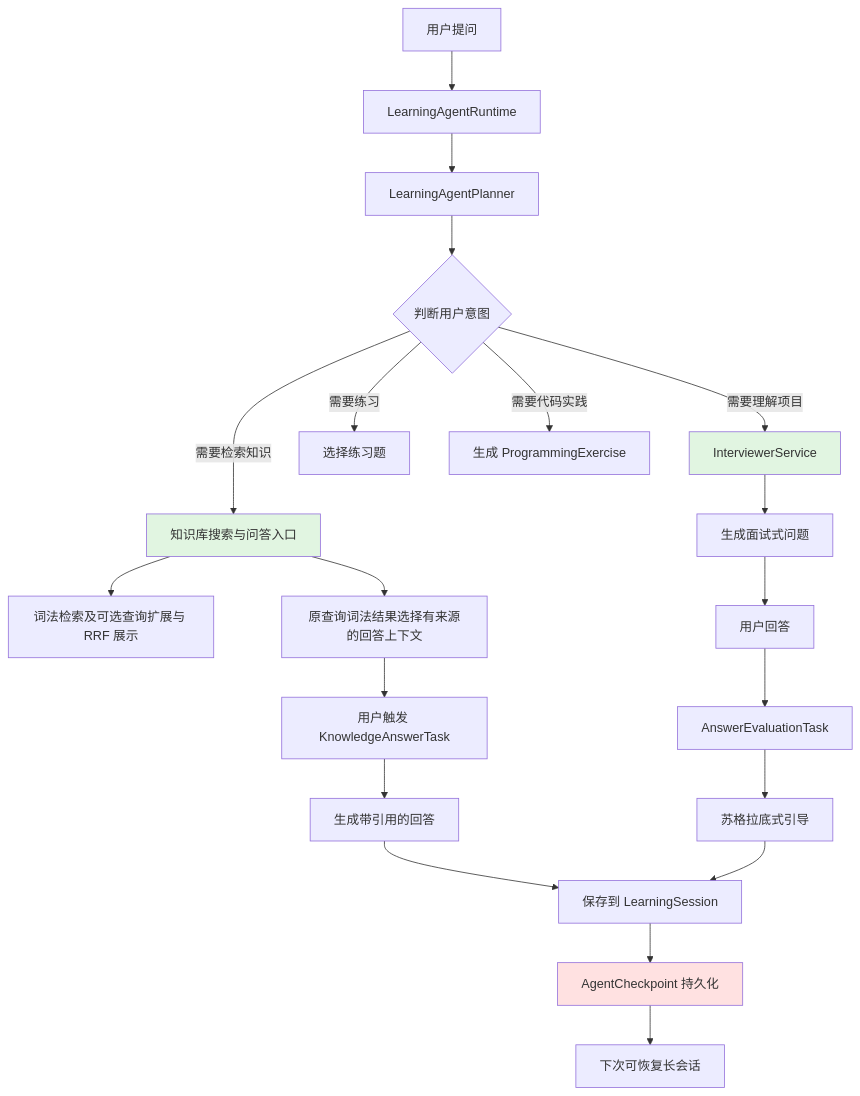
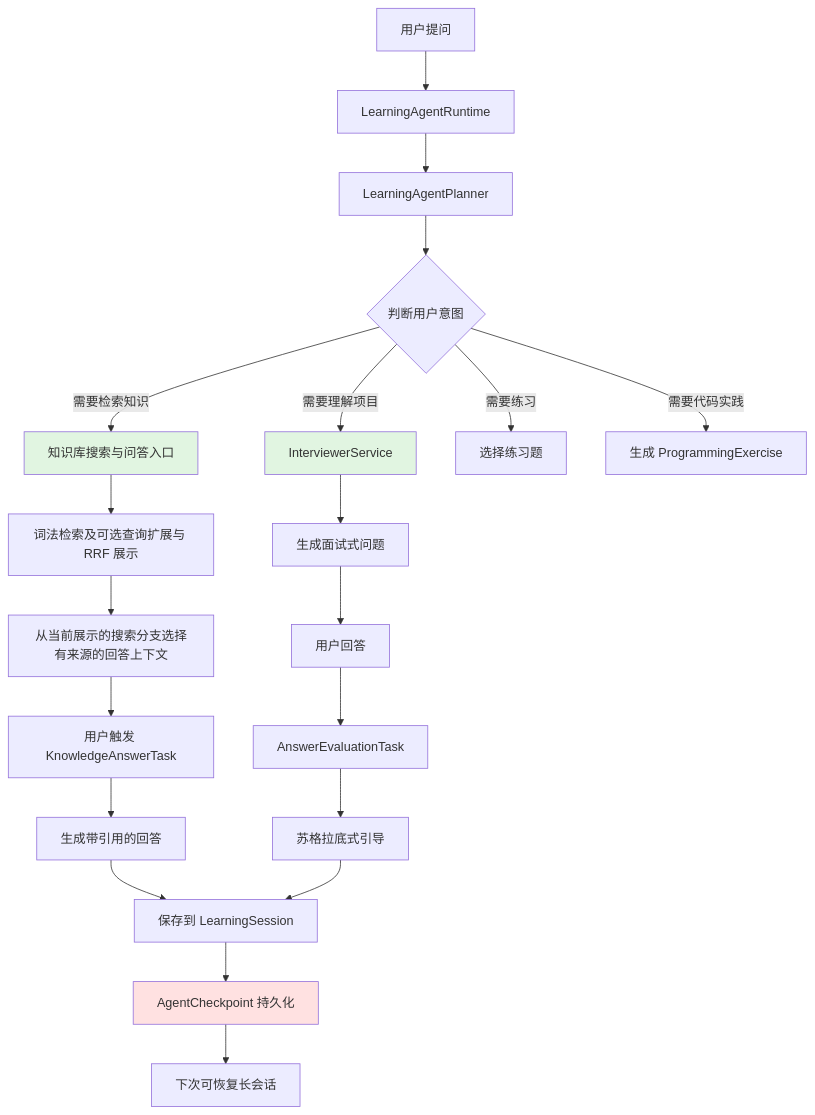
One commit to Drew-Z/anchor changed the third of 4 diagrams in docs/architecture/SYSTEM_OVERVIEW.md. Above: the diagram before and after it, drawn with Mermaid. The commit also changed other lines of this file and 3 other files, not shown here.

````diff
--- a/docs/architecture/SYSTEM_OVERVIEW.md
+++ b/docs/architecture/SYSTEM_OVERVIEW.md
@@ -110,31 +110,31 @@
 ```mermaid
 graph TD
     A[用户提问] --> B[LearningAgentRuntime]
     B --> C[LearningAgentPlanner]
     C --> D{判断用户意图}
     
     D -->|需要检索知识| E[知识库搜索与问答入口]
     D -->|需要理解项目| F[InterviewerService]
     D -->|需要练习| G[选择练习题]
     D -->|需要代码实践| H[生成 ProgrammingExercise]
     
     E --> S[词法检索及可选查询扩展与 RRF 展示]
-    E --> I[原查询词法结果选择有来源的回答上下文]
+    S --> I[从当前展示的搜索分支选择有来源的回答上下文]
     I --> J[用户触发 KnowledgeAnswerTask]
     J --> K[生成带引用的回答]
     
     F --> L[生成面试式问题]
     L --> M[用户回答]
     M --> N[AnswerEvaluationTask]
     N --> O[苏格拉底式引导]
     
     K --> P[保存到 LearningSession]
     O --> P
     
     P --> Q[AgentCheckpoint 持久化]
     Q --> R[下次可恢复长会话]
     
     style E fill:#e1f5e1
     style F fill:#e1f5e1
     style Q fill:#ffe1e1
 ```
````
